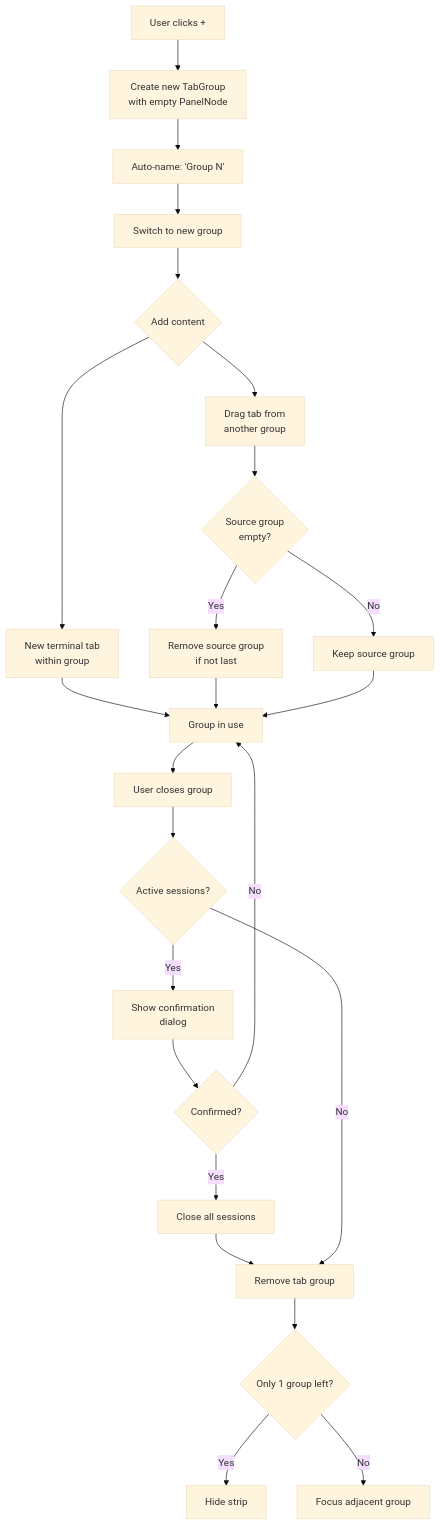
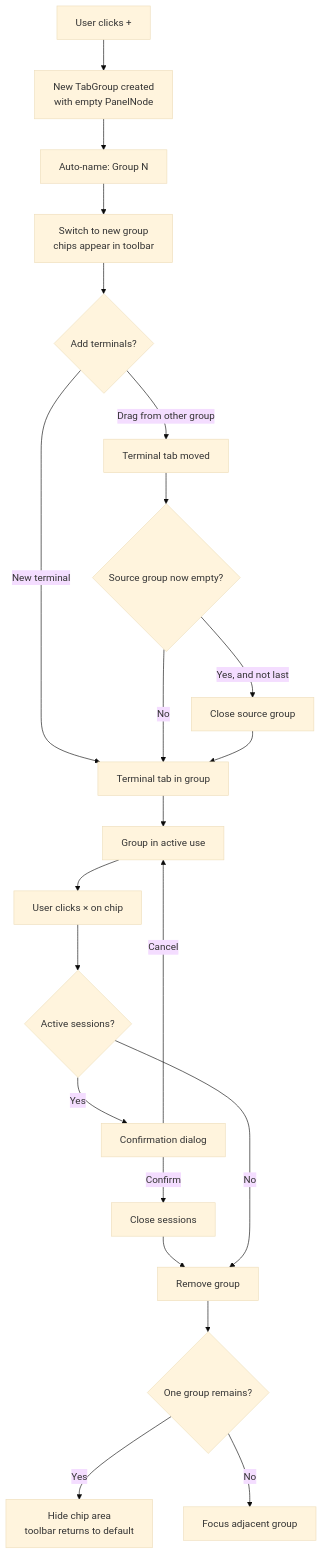
Before and after one commit to armaxri/termiHub: the fifth of 5 diagrams in docs/concepts/tab-groups.md, drawn with Mermaid (base theme). The commit also changed other lines of this file and 14 other files, not shown here.

First line of the commit message:
docs(concept): revise tab-groups concept with toolbar-integrated UI design

````diff
--- a/docs/concepts/tab-groups.md
+++ b/docs/concepts/tab-groups.md
@@ -205,26 +215,24 @@
 ```mermaid
 flowchart TD
-    A[User clicks +] --> B[Create new TabGroup\nwith empty PanelNode]
-    B --> C[Auto-name: 'Group N']
-    C --> D[Switch to new group]
-    D --> E{Add content}
-    E --> F[New terminal tab\nwithin group]
-    E --> G[Drag tab from\nanother group]
-    G --> H{Source group\nempty?}
-    H -- Yes --> I[Remove source group\nif not last]
-    H -- No --> J[Keep source group]
-    F --> K[Group in use]
-    I --> K
-    J --> K
-    K --> L[User closes group]
+    A[User clicks +] --> B[New TabGroup created\nwith empty PanelNode]
+    B --> C[Auto-name: Group N]
+    C --> D[Switch to new group\nchips appear in toolbar]
+    D --> E{Add terminals?}
+    E -- New terminal --> F[Terminal tab in group]
+    E -- Drag from other group --> G[Terminal tab moved]
+    G --> H{Source group now empty?}
+    H -- Yes, and not last --> I[Close source group]
+    H -- No --> F
+    I --> F
+    F --> K[Group in active use]
+    K --> L[User clicks × on chip]
     L --> M{Active sessions?}
-    M -- Yes --> N[Show confirmation\ndialog]
-    N --> O{Confirmed?}
-    O -- No --> K
-    O -- Yes --> P[Close all sessions]
-    P --> Q[Remove tab group]
-    M -- No --> Q
-    Q --> R{Only 1 group left?}
-    R -- Yes --> S[Hide strip]
-    R -- No --> T[Focus adjacent group]
+    M -- Yes --> N[Confirmation dialog]
+    N -- Cancel --> K
+    N -- Confirm --> O[Close sessions]
+    O --> P[Remove group]
+    M -- No --> P
+    P --> Q{One group remains?}
+    Q -- Yes --> R[Hide chip area\ntoolbar returns to default]
+    Q -- No --> S[Focus adjacent group]
 ```
````
